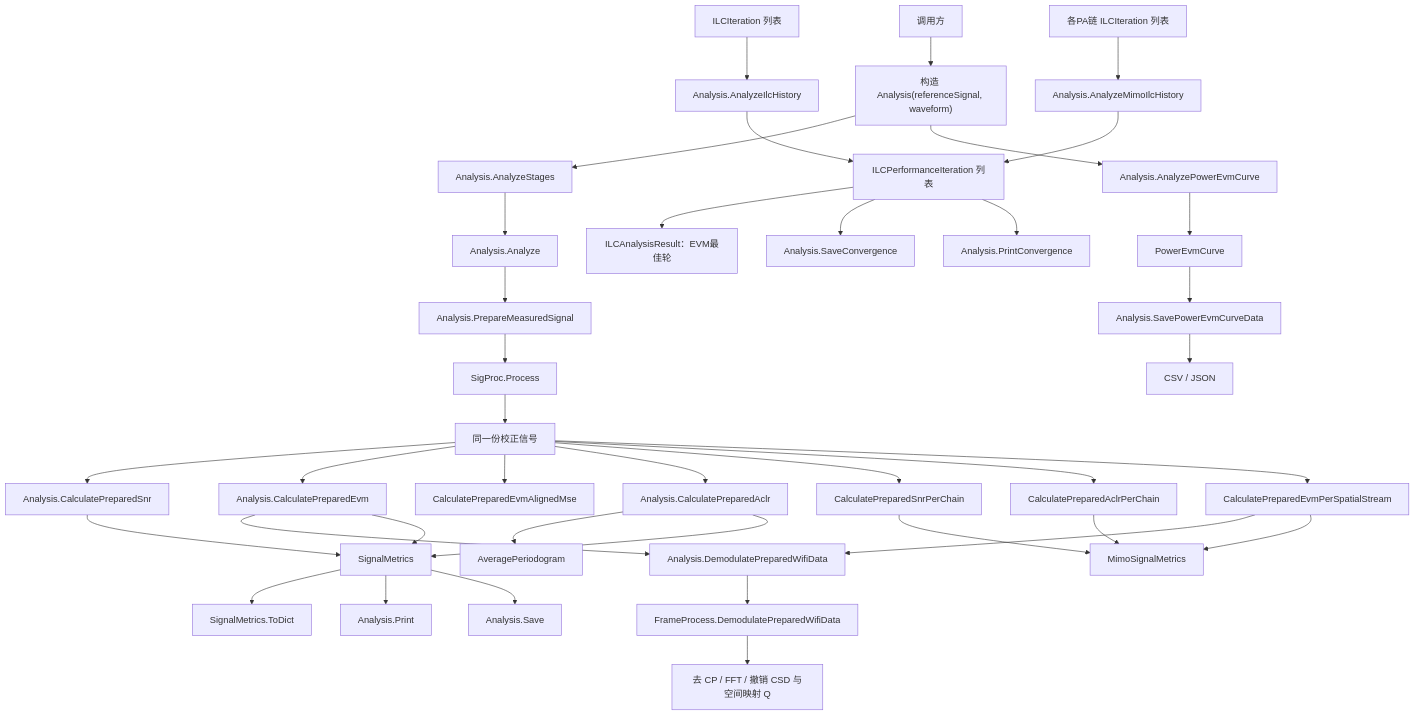
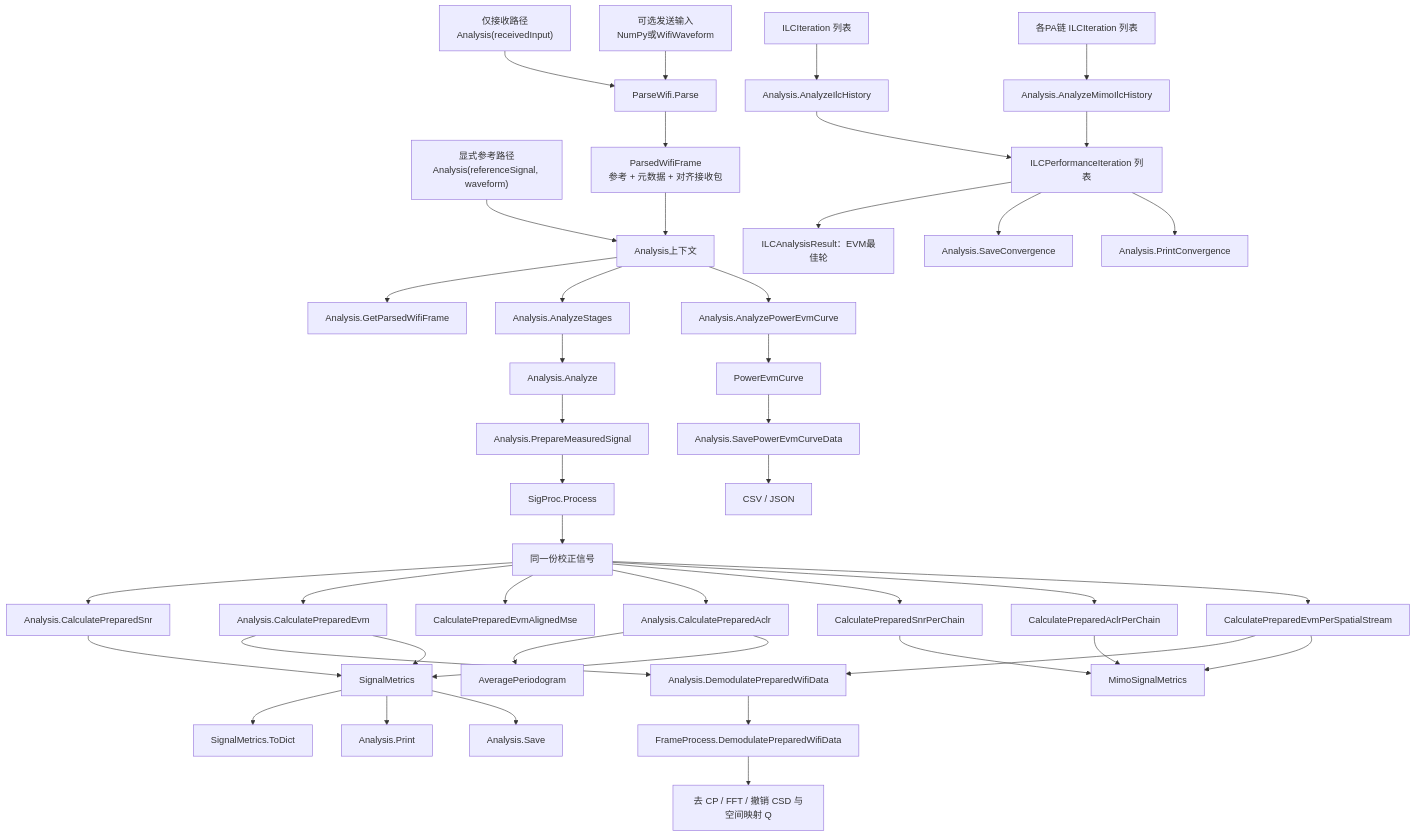
The tenth of 12 diagrams in README.md (niyilu45/DPD_ILC), drawn with Mermaid before and after one commit. The commit also changed other lines of this file and 11 other files, not shown here.

Commit message:
Add receive-only Wi-Fi waveform analysis

````diff
--- a/README.md
+++ b/README.md
@@ -370,43 +409,48 @@
 ```mermaid
 flowchart TD
-    caller["调用方"] --> context["构造 Analysis(referenceSignal, waveform)"]
+    aided["显式参考路径<br/>Analysis(referenceSignal, waveform)"] --> context["Analysis上下文"]
+    receiveOnly["仅接收路径<br/>Analysis(receivedInput)"] --> parser["ParseWifi.Parse"]
+    optionalTransmit["可选发送输入<br/>NumPy或WifiWaveform"] --> parser
+    parser --> parsed["ParsedWifiFrame<br/>参考 + 元数据 + 对齐接收包"]
+    parsed --> context
+    context --> parsedResult["Analysis.GetParsedWifiFrame"]
     context --> stages["Analysis.AnalyzeStages"]
     stages --> analyze["Analysis.Analyze"]
     analyze --> prepare["Analysis.PrepareMeasuredSignal"]
     prepare --> sigProc["SigProc.Process"]
     sigProc --> prepared["同一份校正信号"]
     prepared --> snr["Analysis.CalculatePreparedSnr"]
     prepared --> evm["Analysis.CalculatePreparedEvm"]
     prepared --> evmMse["CalculatePreparedEvmAlignedMse"]
     prepared --> aclr["Analysis.CalculatePreparedAclr"]
     prepared --> chainSnr["CalculatePreparedSnrPerChain"]
     prepared --> chainAclr["CalculatePreparedAclrPerChain"]
     prepared --> streamEvm["CalculatePreparedEvmPerSpatialStream"]
 
     evm --> demod["Analysis.DemodulatePreparedWifiData"]
     streamEvm --> demod
     demod --> frameProcess["FrameProcess.DemodulatePreparedWifiData"]
     frameProcess --> undo["去 CP / FFT / 撤销 CSD 与空间映射 Q"]
     aclr --> psd["AveragePeriodogram"]
 
     snr --> metrics["SignalMetrics"]
     evm --> metrics
     aclr --> metrics
     chainSnr --> mimoMetrics["MimoSignalMetrics"]
     chainAclr --> mimoMetrics
     streamEvm --> mimoMetrics
     metrics --> toDict["SignalMetrics.ToDict"]
     metrics --> print["Analysis.Print"]
     metrics --> save["Analysis.Save"]
     nativeHistory["ILCIteration 列表"] --> analyzeHistory["Analysis.AnalyzeIlcHistory"]
     nativeMimoHistory["各PA链 ILCIteration 列表"] --> analyzeMimoHistory["Analysis.AnalyzeMimoIlcHistory"]
     analyzeHistory --> convergence["ILCPerformanceIteration 列表"]
     analyzeMimoHistory --> convergence
     convergence --> bestRound["ILCAnalysisResult：EVM最佳轮"]
     convergence --> saveConvergence["Analysis.SaveConvergence"]
     convergence --> printConvergence["Analysis.PrintConvergence"]
     context --> powerSweep["Analysis.AnalyzePowerEvmCurve"]
     powerSweep --> curve["PowerEvmCurve"]
     curve --> curveSave["Analysis.SavePowerEvmCurveData"]
     curveSave --> curveFiles["CSV / JSON"]
 ```
````
